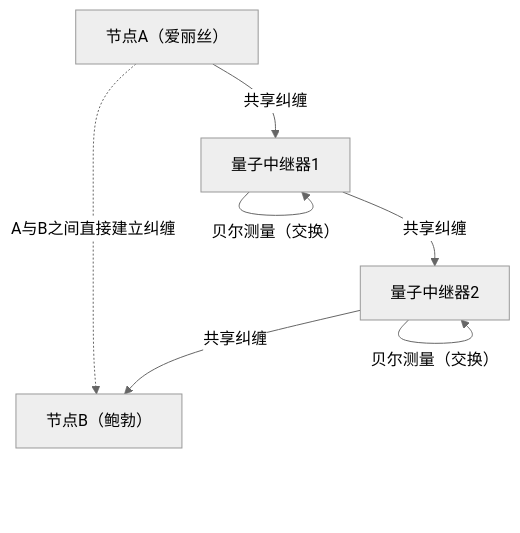
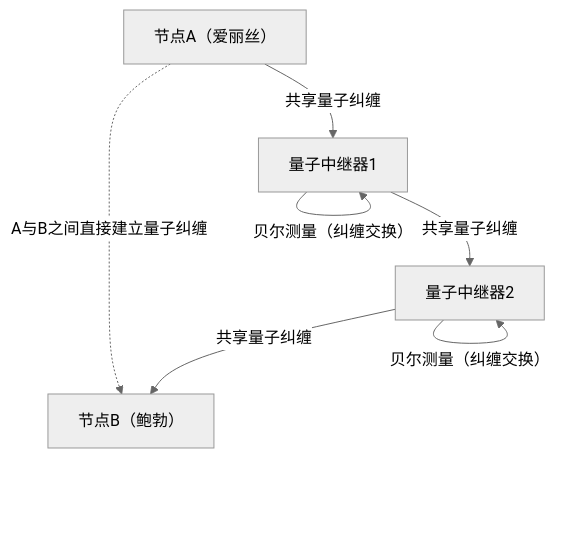
One commit to kenjinote/blog changed diagram 18 of 18 in content/post/how-the-internet-works-comprehensive-guide/index.zh-cn.md. Above: the diagram before and after it, drawn with Mermaid (neutral theme). The commit also changed other lines of this file, not shown here.

````diff
--- a/content/post/how-the-internet-works-comprehensive-guide/index.zh-cn.md
+++ b/content/post/how-the-internet-works-comprehensive-guide/index.zh-cn.md
@@ -981,9 +1018,9 @@
 ```mermaid
 graph TD
-    A["节点A（爱丽丝）"] -- "共享纠缠" --> B["量子中继器1"]
-    B -- "共享纠缠" --> C["量子中继器2"]
-    C -- "共享纠缠" --> D["节点B（鲍勃）"]
-    B -- "贝尔测量（交换）" --> B
-    C -- "贝尔测量（交换）" --> C
-    A -. "A与B之间直接建立纠缠" .-> D
+    A["节点A（爱丽丝）"] -- "共享量子纠缠" --> B["量子中继器1"]
+    B -- "共享量子纠缠" --> C["量子中继器2"]
+    C -- "共享量子纠缠" --> D["节点B（鲍勃）"]
+    B -- "贝尔测量（纠缠交换）" --> B
+    C -- "贝尔测量（纠缠交换）" --> C
+    A -. "A与B之间直接建立量子纠缠" .-> D
 ```
````
